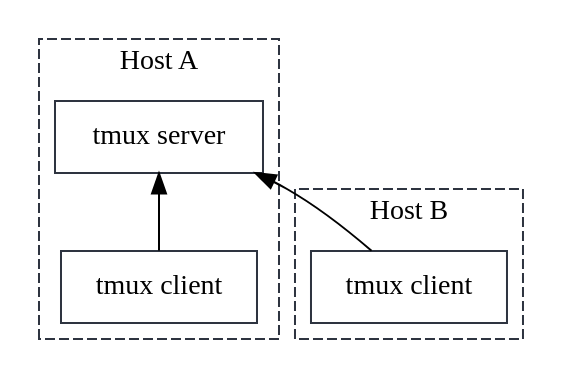
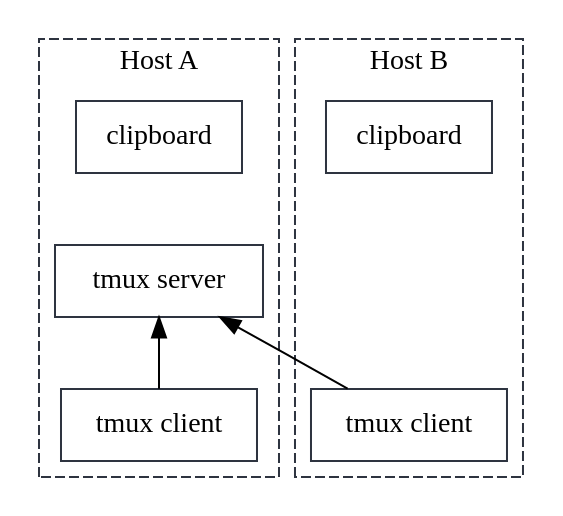
The second of 2 diagrams in posts/2023-11-14_on-tmux-osc52-support/index.markdown (ikalnytskyi/kalnytskyi.com), drawn with Graphviz before and after one commit. The commit also changed other lines of this file, not shown here.

Commit message:
Last minute fixes to "On Tmux OSC-52 support"
* Add clipboard to the Tmux diagram.
* Use happy instead of blessed (irony is bad).
* Minor Makrodnw formatting fixes.

````diff
--- a/posts/2023-11-14_on-tmux-osc52-support/index.markdown
+++ b/posts/2023-11-14_on-tmux-osc52-support/index.markdown
@@ -81,26 +81,29 @@
 ```dot { "exec": ["dot", "-Tsvg"] }
 digraph G {
     pencolor = "#2E3440"
     style = dashed
 
     node [shape = box, color = "#2E3440"]
     edge [arrowhead = open]
 
     subgraph cluster_Host1 {
         label = "Host A"
 
-        tmux_server [label="tmux server"]
-        tmux_client1 [label="tmux client"]
+        clipboard1 [label = "clipboard"]
+        tmux_server [label = "tmux server"]
+        tmux_client1 [label = "tmux client"]
     }
 
     subgraph cluster_Host2 {
         label = "Host B"
 
-        tmux_client2 [label="tmux client"]
+        clipboard2 [label = "clipboard"]
+        tmux_client2 [label ="tmux client"]
     }
 
-
-    tmux_server -> tmux_client1 [dir=back]
-    tmux_server -> tmux_client2 [dir=back]
+    clipboard1 -> tmux_server [style = invis]
+    clipboard2 -> tmux_client2 [style = invis, minlen=2]
+    tmux_server -> tmux_client1 [dir = back]
+    tmux_server -> tmux_client2 [dir = back]
 }
 ```
````
